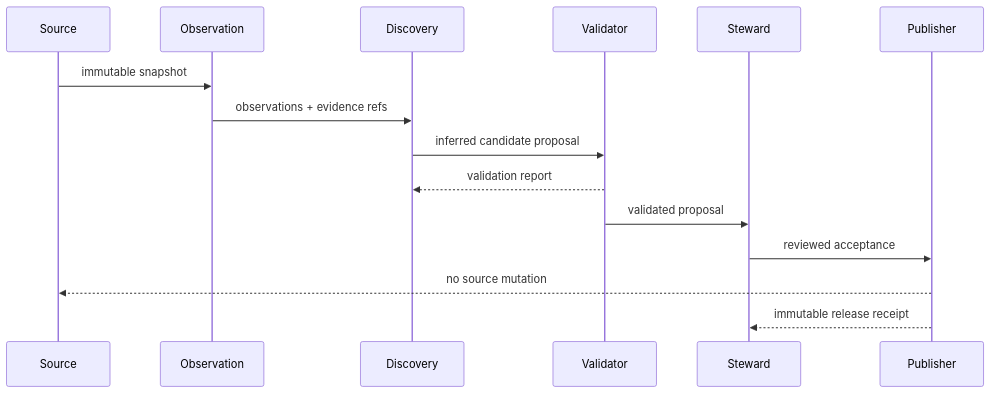
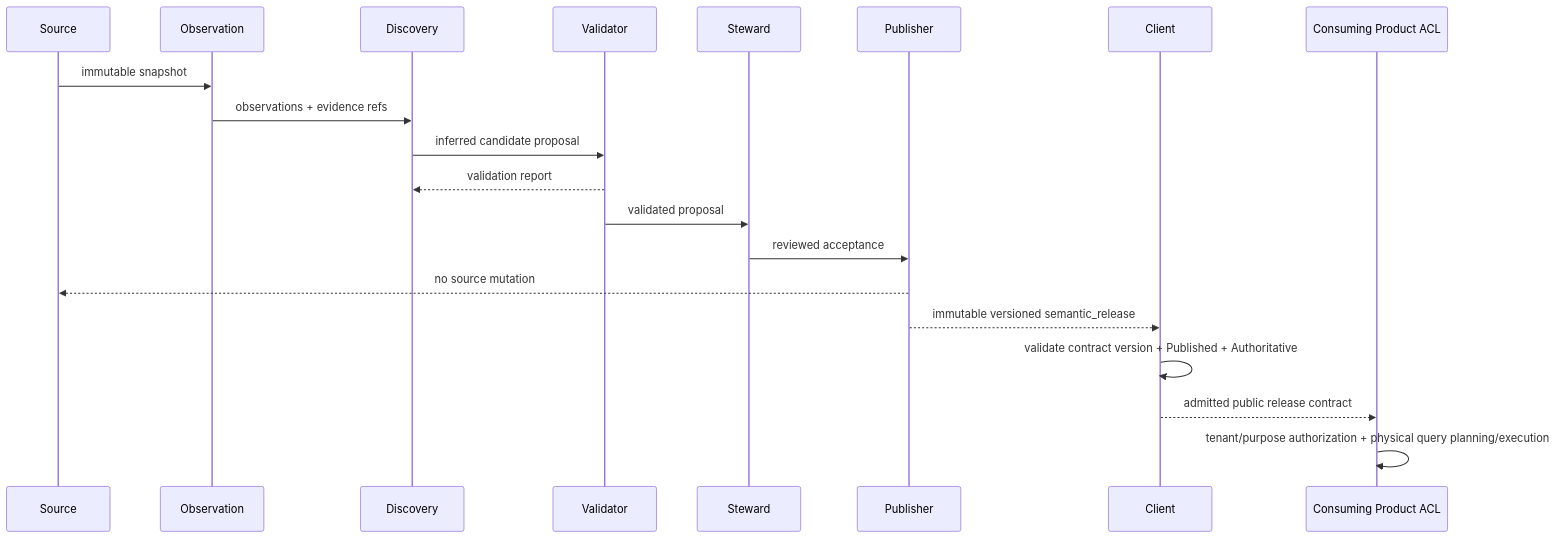
One commit to ContextualWisdomLab/ConceptWeave changed the second of 3 diagrams in docs/UML.md. Above: the diagram before and after it, drawn with Mermaid. The commit also changed other lines of this file and 11 other files, not shown here.

Commit message:
docs(client): define release consumption boundary

````diff
--- a/docs/UML.md
+++ b/docs/UML.md
@@ -23,18 +23,23 @@
 ```mermaid
 sequenceDiagram
     participant Source
     participant Observation
     participant Discovery
     participant Validator
     participant Steward
     participant Publisher
+    participant Client
+    participant Consumer as Consuming Product ACL
 
     Source->>Observation: immutable snapshot
     Observation->>Discovery: observations + evidence refs
     Discovery->>Validator: inferred candidate proposal
     Validator-->>Discovery: validation report
     Validator->>Steward: validated proposal
     Steward->>Publisher: reviewed acceptance
     Publisher-->>Source: no source mutation
-    Publisher-->>Steward: immutable release receipt
+    Publisher-->>Client: immutable versioned semantic_release
+    Client->>Client: validate contract version + Published + Authoritative
+    Client-->>Consumer: admitted public release contract
+    Consumer->>Consumer: tenant/purpose authorization + physical query planning/execution
 ```
````
